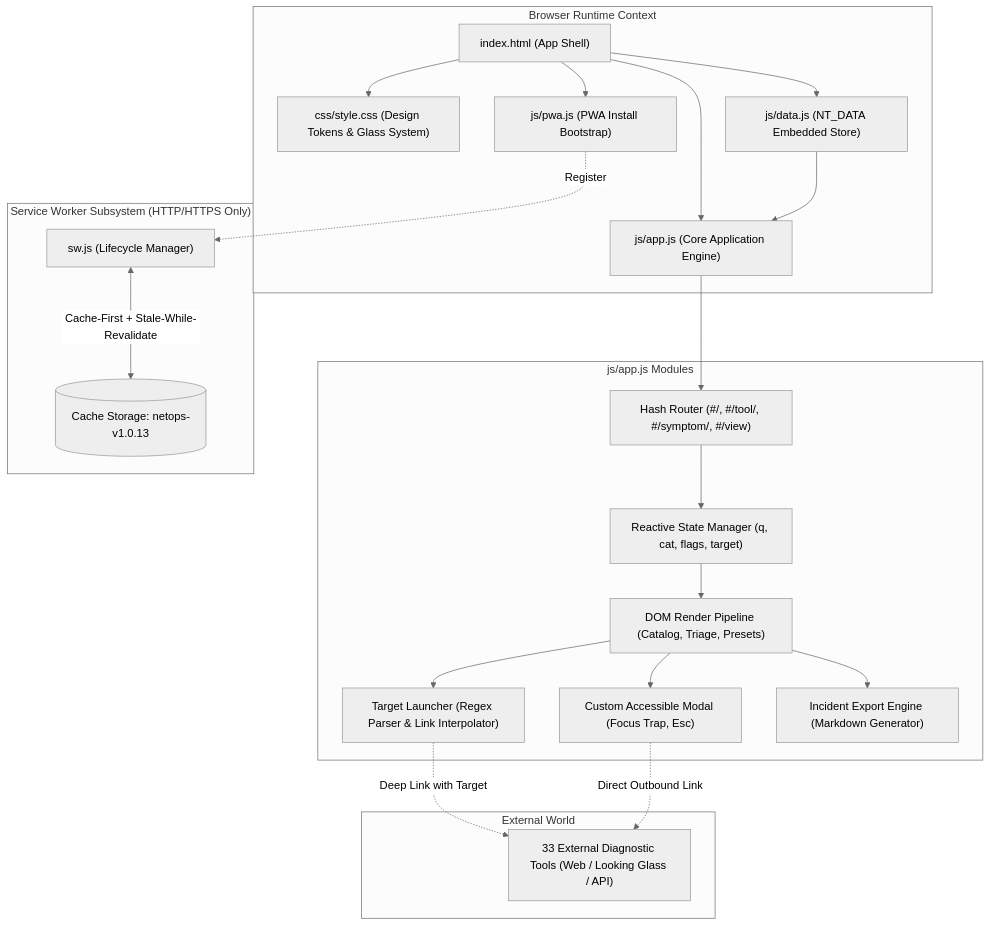
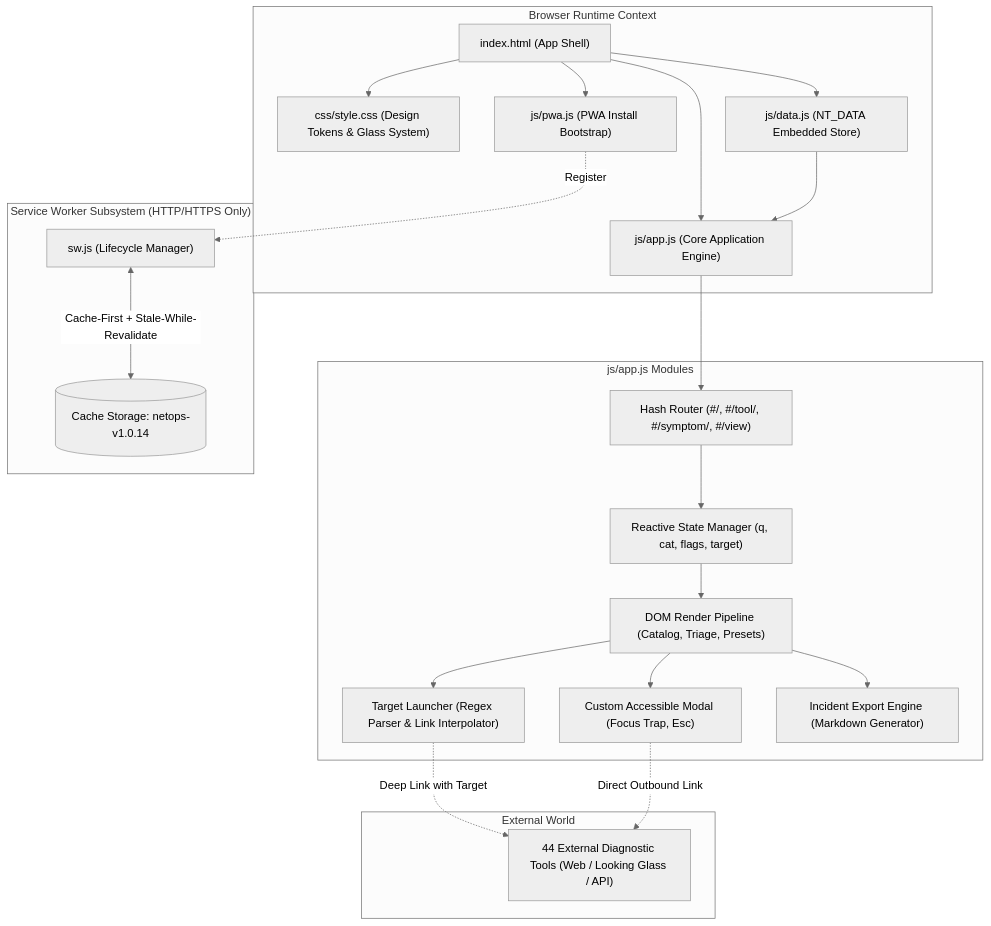
The first of 3 diagrams in ARCHITECTURE.md (sathaporntwork/nw_online_tools), drawn with Mermaid (neutral theme) before and after one commit. The commit also changed other lines of this file and 9 other files, not shown here.

````diff
--- a/ARCHITECTURE.md
+++ b/ARCHITECTURE.md
@@ -26,47 +26,47 @@
 ```mermaid
 graph TD
     subgraph Browser Context ["Browser Runtime Context"]
         HTML["index.html (App Shell)"]
         CSS["css/style.css (Design Tokens & Glass System)"]
         DATA["js/data.js (NT_DATA Embedded Store)"]
         APP["js/app.js (Core Application Engine)"]
         PWA["js/pwa.js (PWA Install Bootstrap)"]
     end
 
     subgraph Core Modules ["js/app.js Modules"]
         ROUTER["Hash Router (#/, #/tool/, #/symptom/, #/view)"]
         STATE["Reactive State Manager (q, cat, flags, target)"]
         DOM["DOM Render Pipeline (Catalog, Triage, Presets)"]
         MODAL["Custom Accessible Modal (Focus Trap, Esc)"]
         LAUNCHER["Target Launcher (Regex Parser & Link Interpolator)"]
         EXPORT["Incident Export Engine (Markdown Generator)"]
     end
 
     subgraph Service Worker ["Service Worker Subsystem (HTTP/HTTPS Only)"]
         SW["sw.js (Lifecycle Manager)"]
-        CACHE[("Cache Storage: netops-v1.0.13")]
+        CACHE[("Cache Storage: netops-v1.0.14")]
     end
 
     subgraph External Systems ["External World"]
-        TOOLS["33 External Diagnostic Tools (Web / Looking Glass / API)"]
+        TOOLS["44 External Diagnostic Tools (Web / Looking Glass / API)"]
     end
 
     HTML --> CSS
     HTML --> DATA
     HTML --> APP
     HTML --> PWA
 
     DATA --> APP
     APP --> ROUTER
     ROUTER --> STATE
     STATE --> DOM
     DOM --> MODAL
     DOM --> LAUNCHER
     DOM --> EXPORT
 
     LAUNCHER -.->|Deep Link with Target| TOOLS
     MODAL -.->|Direct Outbound Link| TOOLS
 
     PWA -.->|Register| SW
     SW <-->|Cache-First + Stale-While-Revalidate| CACHE
 ```
````
